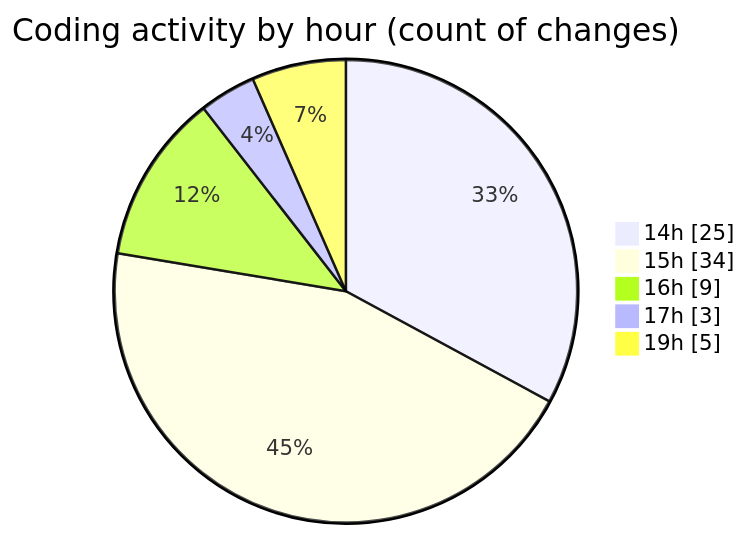
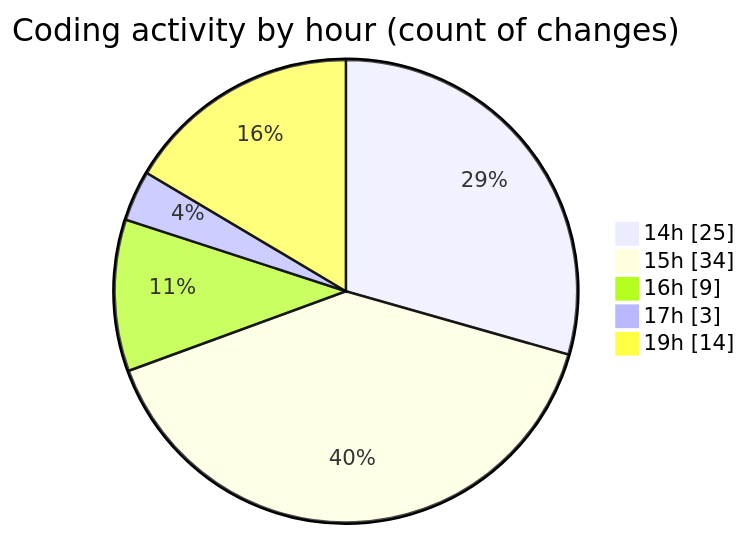
The second of 2 diagrams in 2025-07-07/argos/README.md (nxtqubesakshisongat/code-tracking), drawn with Mermaid before and after one commit. The commit also changed other lines of this file and 1 other file, not shown here.

````diff
--- a/2025-07-07/argos/README.md
+++ b/2025-07-07/argos/README.md
@@ -32,9 +32,9 @@
 ```mermaid
 pie showData
 title Coding activity by hour (count of changes)
 "14h" : 25
 "15h" : 34
 "16h" : 9
 "17h" : 3
-"19h" : 5
+"19h" : 14
 ```
````
